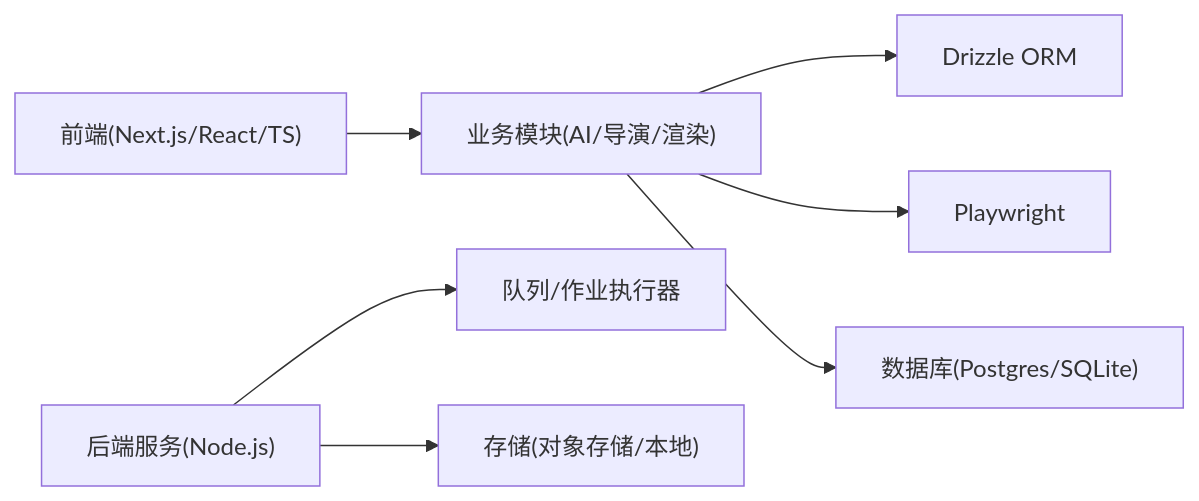
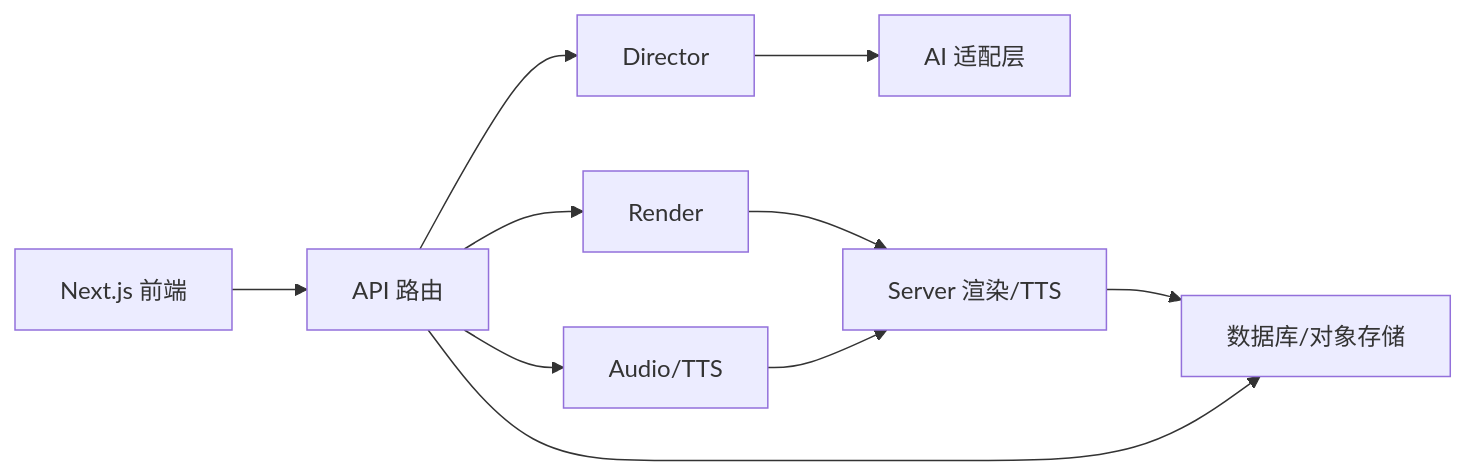
Before and after one commit to scottcwy/PurpleInk: the sixth of 6 diagrams in .qoder/repowiki/zh/content/项目概述/项目概述.md, drawn with Mermaid. The commit also changed other lines of this file and 872 other files, not shown here.

````diff
--- a/.qoder/repowiki/zh/content/项目概述/项目概述.md
+++ b/.qoder/repowiki/zh/content/项目概述/项目概述.md
@@ -325,9 +300,12 @@
 ```mermaid
 graph LR
-FE["前端(Next.js/React/TS)"] --> Biz["业务模块(AI/导演/渲染)"]
-Biz --> ORM["Drizzle ORM"]
-Biz --> Browser["Playwright"]
-Biz --> DB["数据库(Postgres/SQLite)"]
-BE["后端服务(Node.js)"] --> Queue["队列/作业执行器"]
-BE --> Storage["存储(对象存储/本地)"]
+FE["Next.js 前端"] --> API["API 路由"]
+API --> DIR["Director"]
+API --> RND["Render"]
+API --> AUD["Audio/TTS"]
+DIR --> AI["AI 适配层"]
+RND --> SRV["Server 渲染/TTS"]
+AUD --> SRV
+SRV --> DB["数据库/对象存储"]
+API --> DB
 ```
````
